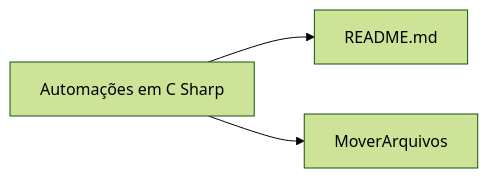
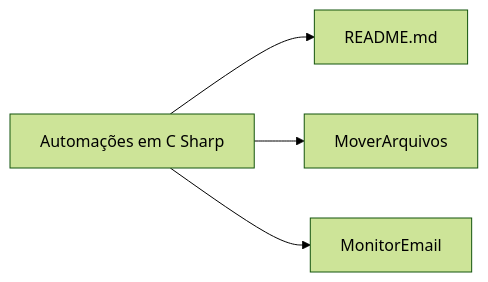
One commit to Galozi-Rafael/Automations-C-Sharp changed the diagram in README.md. Above: the diagram before and after it, drawn with Mermaid (forest theme).

Commit message:
docs: Atualiza o README.

````diff
--- a/README.md
+++ b/README.md
@@ -15,5 +15,6 @@
 ```mermaid
 graph LR
 A[Automações em C Sharp] --> B[README.md]
 A --> C[MoverArquivos]
+A --> D[MonitorEmail]
 ```
````
